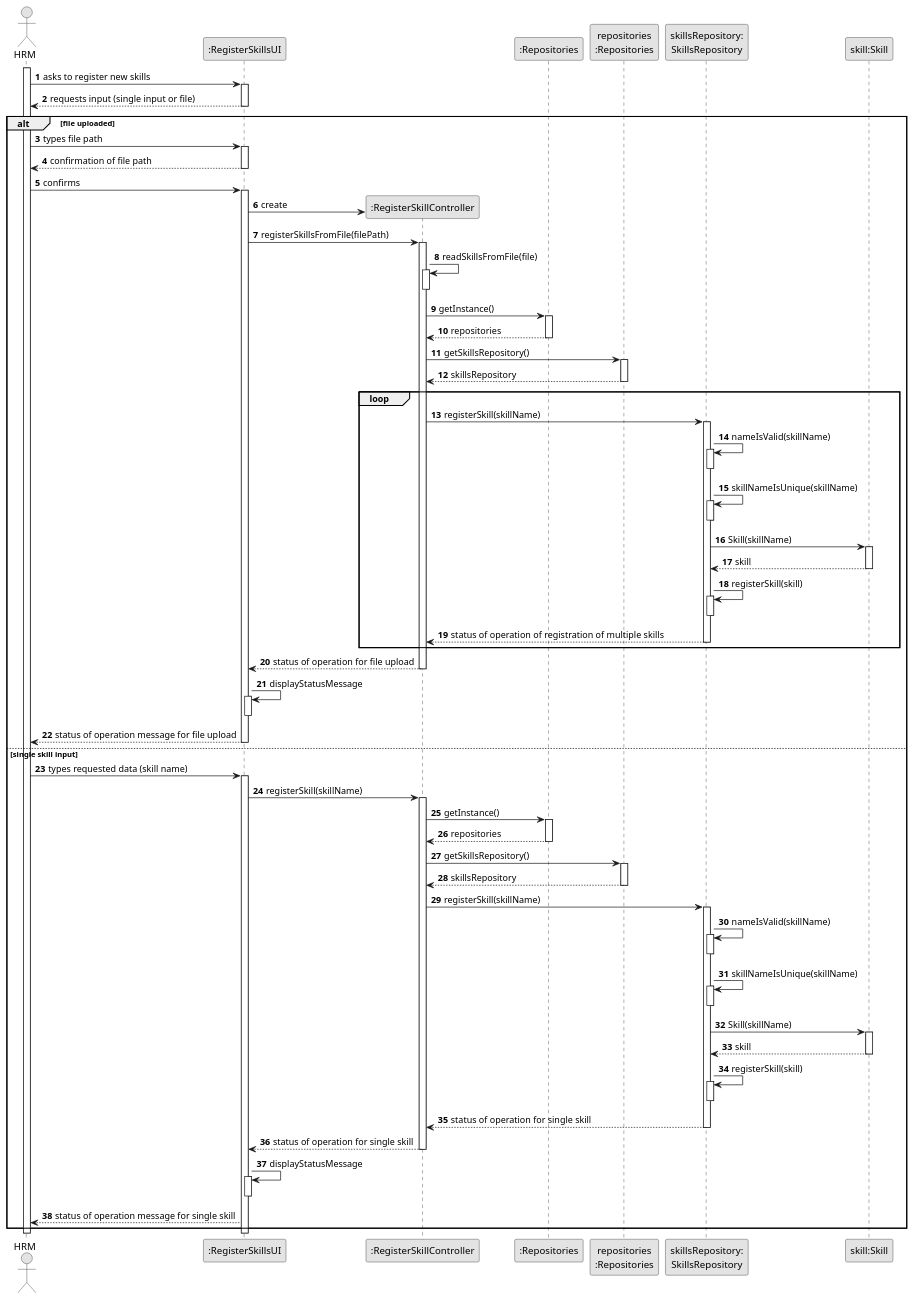
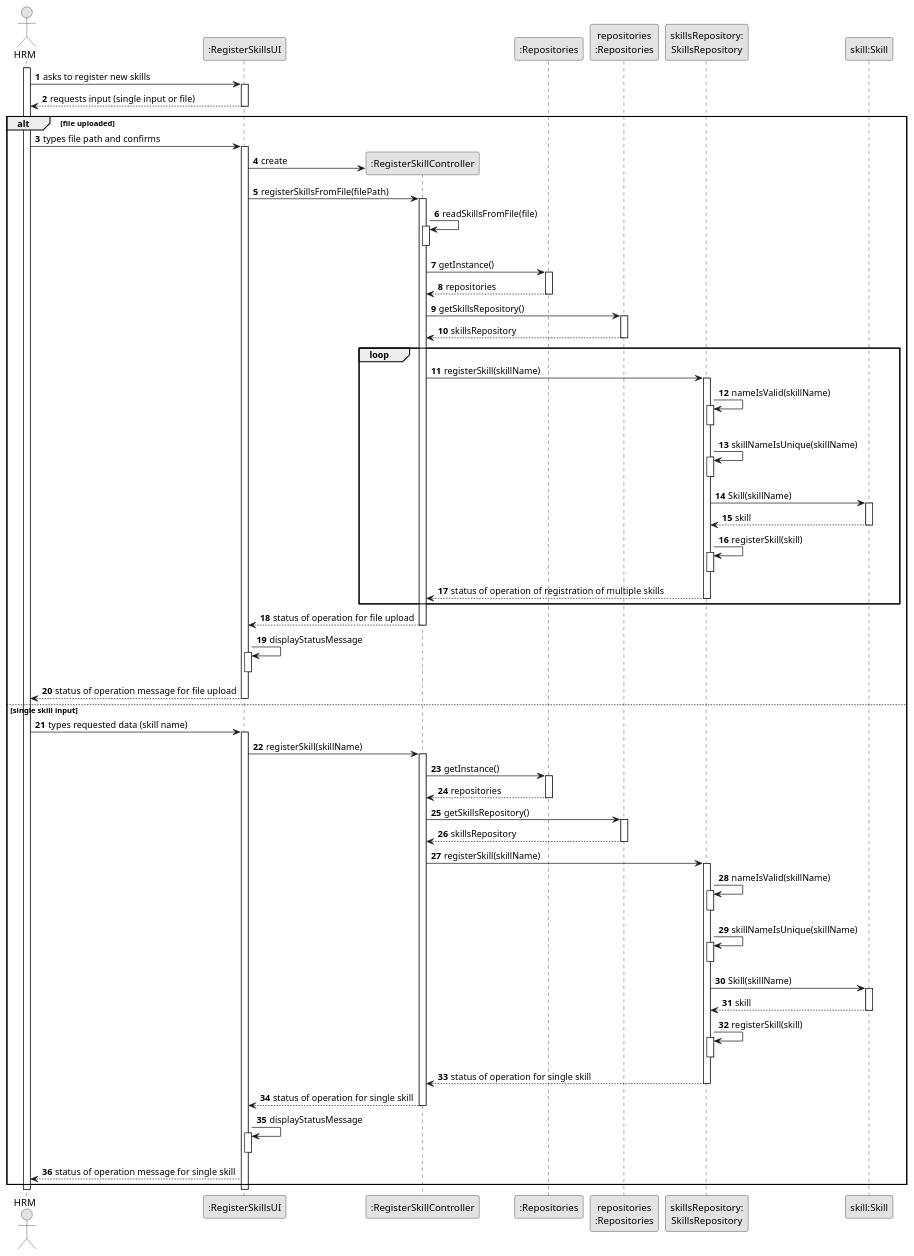
The diagram in docs/sprintB/us001/03.design/puml/us001-sequence-diagram-fullv2.puml (Departamento-de-Engenharia-Informatica/lei-24-s2-1do-g164), drawn with PlantUML before and after one commit. The commit also changed 2 other files, not shown here.

Commit message:
US1(docs): changes the sequence diagrams relating to unnecessary confirmation requests

```diff
--- a/docs/sprintB/us001/03.design/puml/us001-sequence-diagram-fullv2.puml
+++ b/docs/sprintB/us001/03.design/puml/us001-sequence-diagram-fullv2.puml
@@ -1,152 +1,143 @@
 @startuml
 skinparam monochrome true
 skinparam packageStyle rectangle
 skinparam shadowing false
 
 autonumber
 
 'hide footbox
 actor "HRM" as ADM
 participant ":RegisterSkillsUI" as UI
 participant ":RegisterSkillController" as CTRL
 participant ":Repositories" as RepositorySingleton
 participant "repositories\n:Repositories" as PLAT
 participant "skillsRepository:\nSkillsRepository" as skillsRepository
 participant "skill:Skill" as skill
 
 
 activate ADM
 
-    ADM -> UI : asks to register new skills
-    activate UI
-    UI --> ADM : requests input (single input or file)
-    deactivate UI
+ADM -> UI : asks to register new skills
+activate UI
+UI --> ADM : requests input (single input or file)
+deactivate UI
 
 
 
     ' Branch for handling file upload
-    alt file uploaded
+alt file uploaded
 
 
 
-            ADM -> UI : types file path
-            activate UI
+ADM -> UI : types file path and confirms
+activate UI
+
+UI -> CTRL** : create
+UI -> CTRL : registerSkillsFromFile(filePath)
+activate CTRL
+
+CTRL -> CTRL : readSkillsFromFile(file)
+activate CTRL
+deactivate CTRL
+
+CTRL -> RepositorySingleton : getInstance()
+activate RepositorySingleton
+
+RepositorySingleton --> CTRL: repositories
+deactivate RepositorySingleton
+
+CTRL -> PLAT : getSkillsRepository()
+activate PLAT
+
+PLAT --> CTRL: skillsRepository
+deactivate PLAT
+
+loop
+
+CTRL -> skillsRepository : registerSkill(skillName)
+activate skillsRepository
+
+skillsRepository -> skillsRepository : nameIsValid(skillName)
+activate skillsRepository
+deactivate skillsRepository
+skillsRepository -> skillsRepository : skillNameIsUnique(skillName)
+activate skillsRepository
+deactivate skillsRepository
+"skillsRepository" -> skill : Skill(skillName)
+activate skill
+"skillsRepository" <-- skill : skill
+deactivate skill
+skillsRepository -> skillsRepository : registerSkill(skill)
+activate skillsRepository
+deactivate skillsRepository
+
+skillsRepository --> CTRL : status of operation of registration of multiple skills
+deactivate skillsRepository
+
+end
+
+CTRL --> UI : status of operation for file upload
+deactivate CTRL
+UI -> UI : displayStatusMessage
+activate UI
+deactivate UI
+
+UI --> ADM : status of operation message for file upload
+deactivate UI
+else single skill input
+
+ADM -> UI : types requested data (skill name)
+activate UI
 
 
-
-            UI --> ADM : confirmation of file path
-            deactivate UI
-
-            ADM -> UI : confirms
-            activate UI
-
-            UI -> CTRL** : create
-        UI -> CTRL : registerSkillsFromFile(filePath)
-        activate CTRL
-
-        CTRL -> CTRL : readSkillsFromFile(file)
-                activate CTRL
-                deactivate CTRL
-
-        CTRL -> RepositorySingleton : getInstance()
-        activate RepositorySingleton
-
-        RepositorySingleton --> CTRL: repositories
-        deactivate RepositorySingleton
-
-        CTRL -> PLAT : getSkillsRepository()
-        activate PLAT
-
-        PLAT --> CTRL: skillsRepository
-        deactivate PLAT
-
-        loop
-
-        CTRL -> skillsRepository : registerSkill(skillName)
-        activate skillsRepository
+UI -> CTRL : registerSkill(skillName)
 
 
-        skillsRepository -> skillsRepository : nameIsValid(skillName)
-        activate skillsRepository
-        deactivate skillsRepository
-        skillsRepository -> skillsRepository : skillNameIsUnique(skillName)
-        activate skillsRepository
-        deactivate skillsRepository
-        "skillsRepository" -> skill : Skill(skillName)
-        activate skill
-        "skillsRepository" <-- skill : skill
-        deactivate skill
-        skillsRepository -> skillsRepository : registerSkill(skill)
-        activate skillsRepository
-        deactivate skillsRepository
+activate CTRL
 
-        skillsRepository --> CTRL : status of operation of registration of multiple skills
-        deactivate skillsRepository
+CTRL -> RepositorySingleton : getInstance()
+activate RepositorySingleton
 
-        end
+RepositorySingleton --> CTRL: repositories
+deactivate RepositorySingleton
 
-        CTRL --> UI : status of operation for file upload
-        deactivate CTRL
-        UI -> UI : displayStatusMessage
-        activate UI
-        deactivate UI
+CTRL -> PLAT : getSkillsRepository()
+activate PLAT
 
-        UI --> ADM : status of operation message for file upload
-        deactivate UI
-    else single skill input
+PLAT --> CTRL: skillsRepository
+deactivate PLAT
 
-        ADM -> UI : types requested data (skill name)
-            activate UI
+CTRL -> skillsRepository : registerSkill(skillName)
+activate skillsRepository
 
+skillsRepository -> skillsRepository : nameIsValid(skillName)
+activate skillsRepository
+deactivate skillsRepository
+skillsRepository -> skillsRepository : skillNameIsUnique(skillName)
+activate skillsRepository
+deactivate skillsRepository
+"skillsRepository" -> skill : Skill(skillName)
+activate skill
+"skillsRepository" <-- skill : skill
+deactivate skill
+skillsRepository -> skillsRepository : registerSkill(skill)
+activate skillsRepository
+deactivate skillsRepository
+skillsRepository --> CTRL : status of operation for single skill
+deactivate skillsRepository
 
-        UI -> CTRL : registerSkill(skillName)
+CTRL --> UI : status of operation for single skill
+deactivate CTRL
 
+UI -> UI : displayStatusMessage
+activate UI
+deactivate UI
 
-        activate CTRL
+UI --> ADM : status of operation message for single skill
+end
 
-        CTRL -> RepositorySingleton : getInstance()
-        activate RepositorySingleton
-
-        RepositorySingleton --> CTRL: repositories
-        deactivate RepositorySingleton
-
-        CTRL -> PLAT : getSkillsRepository()
-        activate PLAT
-
-        PLAT --> CTRL: skillsRepository
-        deactivate PLAT
-
-        CTRL -> skillsRepository : registerSkill(skillName)
-        activate skillsRepository
-
-        skillsRepository -> skillsRepository : nameIsValid(skillName)
-        activate skillsRepository
-        deactivate skillsRepository
-        skillsRepository -> skillsRepository : skillNameIsUnique(skillName)
-                activate skillsRepository
-                deactivate skillsRepository
-                "skillsRepository" -> skill : Skill(skillName)
-                activate skill
-                "skillsRepository" <-- skill : skill
-                deactivate skill
-                skillsRepository -> skillsRepository : registerSkill(skill)
-                activate skillsRepository
-                deactivate skillsRepository
-        skillsRepository --> CTRL : status of operation for single skill
-        deactivate skillsRepository
-
-        CTRL --> UI : status of operation for single skill
-        deactivate CTRL
-
-        UI -> UI : displayStatusMessage
-        activate UI
-        deactivate UI
-
-        UI --> ADM : status of operation message for single skill
-    end
-
-    deactivate UI
+deactivate UI
 
 deactivate ADM
 
 @enduml
```
